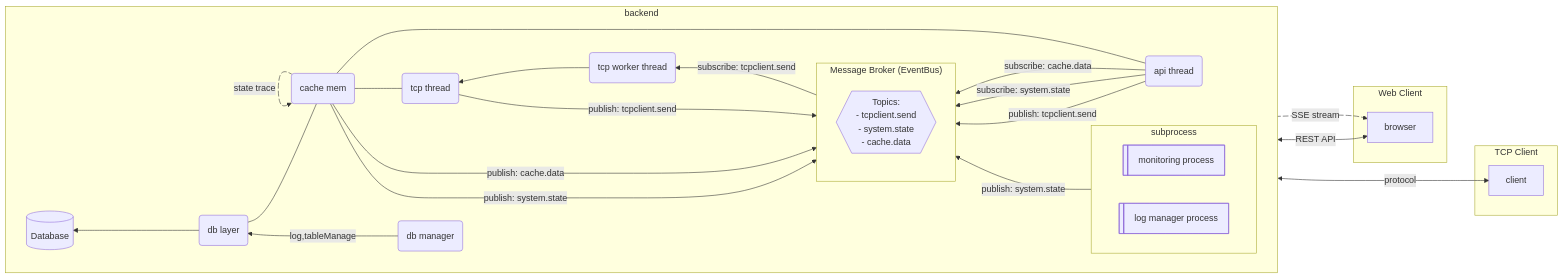
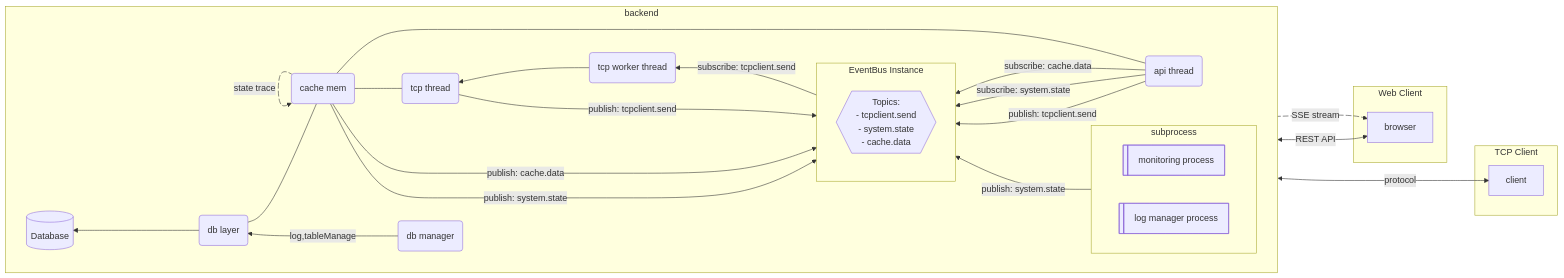
The diagram in README.md (Jaeun-Choi98/app-folder-template), drawn with Mermaid before and after one commit.

````diff
--- a/README.md
+++ b/README.md
@@ -34,63 +34,63 @@
 ```mermaid
 flowchart LR
     subgraph backend
         direction RL
         
         subgraph subprocess
             direction RL
             health@{ shape: lin-rect, label: "monitoring process" }
             log@{ shape: lin-rect, label: "log manager process" }
         end
         
-        subgraph message_broker["Message Broker (EventBus)"]
+        subgraph EventBus["EventBus Instance"]
             direction TB
             topics["Topics:<br/>- tcpclient.send<br/>- system.state<br/>- cache.data"]
             topics@{ shape: hex }
         end
         
         tcp(tcp thread)
         api(api thread)
         worker(tcp worker thread)
         cache(cache mem)
         dblayer(db layer)
         dbmanager(db manager)
         
         %% API 흐름
-        api -->|subscribe: cache.data| message_broker
-        api -->|subscribe: system.state| message_broker
-        api -->|publish: tcpclient.send| message_broker
+        api -->|subscribe: cache.data| EventBus
+        api -->|subscribe: system.state| EventBus
+        api -->|publish: tcpclient.send| EventBus
         api --- cache
         
         %% TCP 흐름
-        tcp -->|publish: tcpclient.send| message_broker
+        tcp -->|publish: tcpclient.send| EventBus
         tcp --- cache
         worker --> tcp
 
         %% Worker 흐름
-        message_broker -->|subscribe: tcpclient.send| worker
+        EventBus -->|subscribe: tcpclient.send| worker
         
         %% Cache 흐름
-        cache -->|publish: cache.data| message_broker
-        cache -->|publish: system.state| message_broker
+        cache -->|publish: cache.data| EventBus
+        cache -->|publish: system.state| EventBus
         cache --- dblayer
         cache cache@--> |state trace|cache
         cache@{ animate: true }
         
         %% DB 흐름
         dblayer ---> DB@{ shape: cyl, label: "Database" }
         dbmanager --->|log,tableManage| dblayer
     end
     
     subgraph tcp_client["TCP Client"]
         client[client]
         tcp <--->|protocol| client
     end
     
     subgraph web_client["Web Client"]
         chrome[browser]
         api sse@-->|SSE stream| chrome
         api <-->|REST API| chrome
         sse@{ animate: true }
     end
-    health --> |publish: system.state| message_broker
+    health --> |publish: system.state| EventBus
 ```
````
